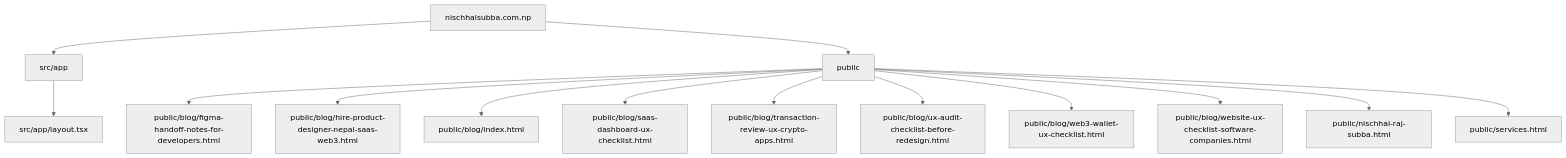
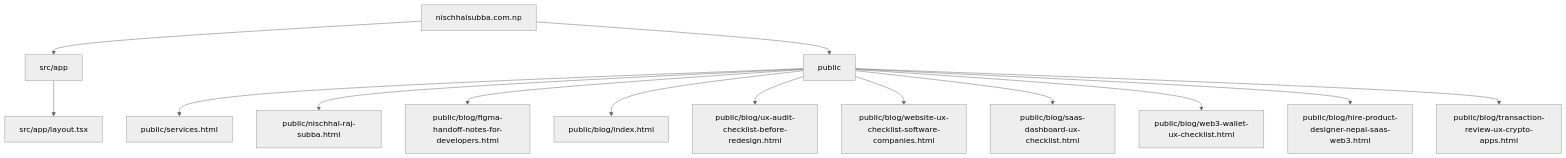
One commit to Nischhalsubba/nischhalsubba.com.np changed the second of 5 diagrams in README.md. Above: the diagram before and after it, drawn with Mermaid (neutral theme). The commit also changed other lines of this file, not shown here.

Commit message:
docs: apply designer README standard

````diff
--- a/README.md
+++ b/README.md
@@ -51,17 +97,17 @@
 ```mermaid
 flowchart TD
     APP["nischhalsubba.com.np"]
     APP --> R0["src/app"]
     APP --> R1["public"]
     R0 --> F0["src/app/layout.tsx"]
-    R1 --> F1["public/blog/figma-handoff-notes-for-developers.html"]
-    R1 --> F2["public/blog/hire-product-designer-nepal-saas-web3.html"]
-    R1 --> F3["public/blog/index.html"]
-    R1 --> F4["public/blog/saas-dashboard-ux-checklist.html"]
-    R1 --> F5["public/blog/transaction-review-ux-crypto-apps.html"]
-    R1 --> F6["public/blog/ux-audit-checklist-before-redesign.html"]
-    R1 --> F7["public/blog/web3-wallet-ux-checklist.html"]
-    R1 --> F8["public/blog/website-ux-checklist-software-companies.html"]
-    R1 --> F9["public/nischhal-raj-subba.html"]
-    R1 --> F10["public/services.html"]
+    R1 --> F1["public/services.html"]
+    R1 --> F2["public/nischhal-raj-subba.html"]
+    R1 --> F3["public/blog/figma-handoff-notes-for-developers.html"]
+    R1 --> F4["public/blog/index.html"]
+    R1 --> F5["public/blog/ux-audit-checklist-before-redesign.html"]
+    R1 --> F6["public/blog/website-ux-checklist-software-companies.html"]
+    R1 --> F7["public/blog/saas-dashboard-ux-checklist.html"]
+    R1 --> F8["public/blog/web3-wallet-ux-checklist.html"]
+    R1 --> F9["public/blog/hire-product-designer-nepal-saas-web3.html"]
+    R1 --> F10["public/blog/transaction-review-ux-crypto-apps.html"]
 ```
````
